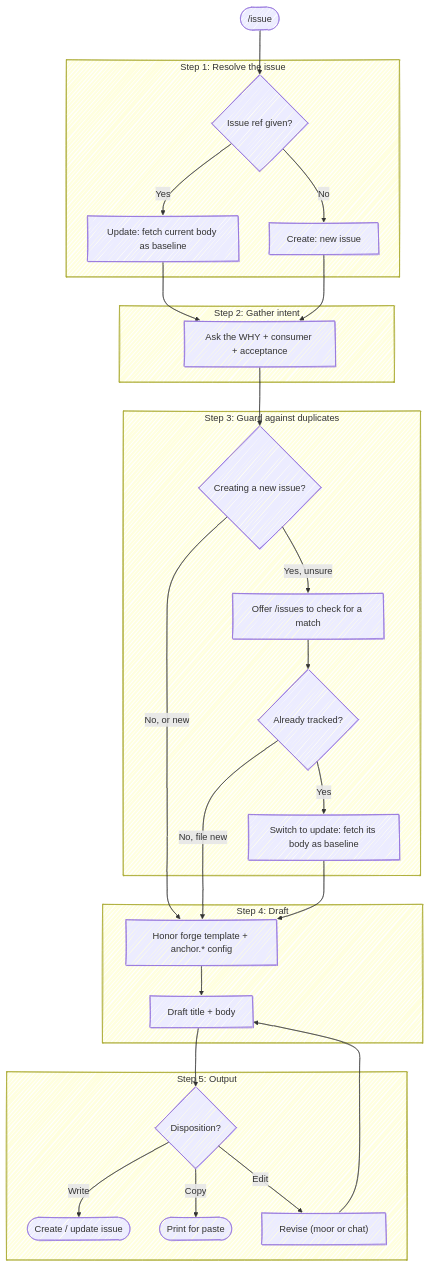
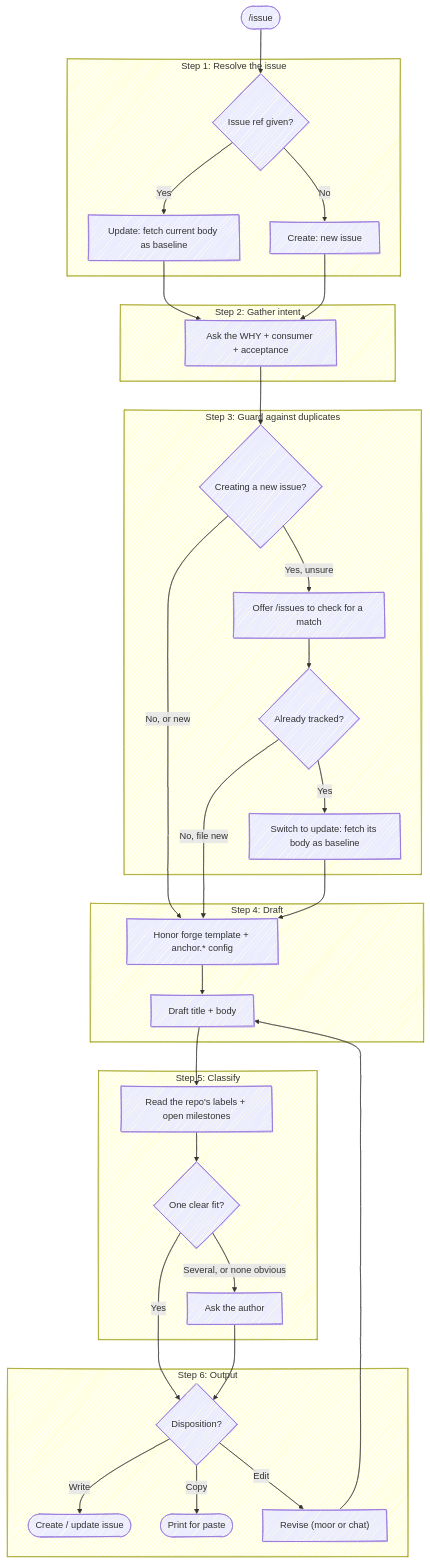
Before and after one commit to chris-peterson/anchor: the diagram in skills/issue/SKILL.md, drawn with Mermaid. The commit also changed other lines of this file and 5 other files, not shown here.

````diff
--- a/skills/issue/SKILL.md
+++ b/skills/issue/SKILL.md
@@ -14,38 +14,45 @@
 ```mermaid
 %%{ init: { 'look': 'handDrawn' } }%%
 flowchart TD
     Start(["/issue"]) --> Mode{Issue ref given?}
 
     subgraph "Step 1: Resolve the issue"
         Mode -->|Yes| Update["Update: fetch current body as baseline"]
         Mode -->|No| Create["Create: new issue"]
     end
 
     subgraph "Step 2: Gather intent"
         Update --> Why["Ask the WHY + consumer + acceptance"]
         Create --> Why
     end
 
     subgraph "Step 3: Guard against duplicates"
         Why --> FromCreate{Creating a new issue?}
         FromCreate -->|Yes, unsure| Check["Offer /issues to check for a match"]
         Check --> Match{Already tracked?}
         Match -->|Yes| Reuse["Switch to update: fetch its body as baseline"]
     end
 
     subgraph "Step 4: Draft"
         Tmpl["Honor forge template + anchor.* config"]
         Tmpl --> Draft["Draft title + body"]
     end
 
     FromCreate -->|No, or new| Tmpl
     Match -->|No, file new| Tmpl
     Reuse --> Tmpl
 
-    subgraph "Step 5: Output"
-        Draft --> Out{Disposition?}
+    subgraph "Step 5: Classify"
+        Draft --> Meta["Read the repo's labels + open milestones"]
+        Meta --> Fit{One clear fit?}
+        Fit -->|Several, or none obvious| Choose["Ask the author"]
+    end
+
+    subgraph "Step 6: Output"
+        Fit -->|Yes| Out{Disposition?}
+        Choose --> Out
         Out -->|Write| Forge(["Create / update issue"])
         Out -->|Copy| CopyOnly(["Print for paste"])
         Out -->|Edit| Revise["Revise (moor or chat)"] --> Draft
     end
 ```
````
